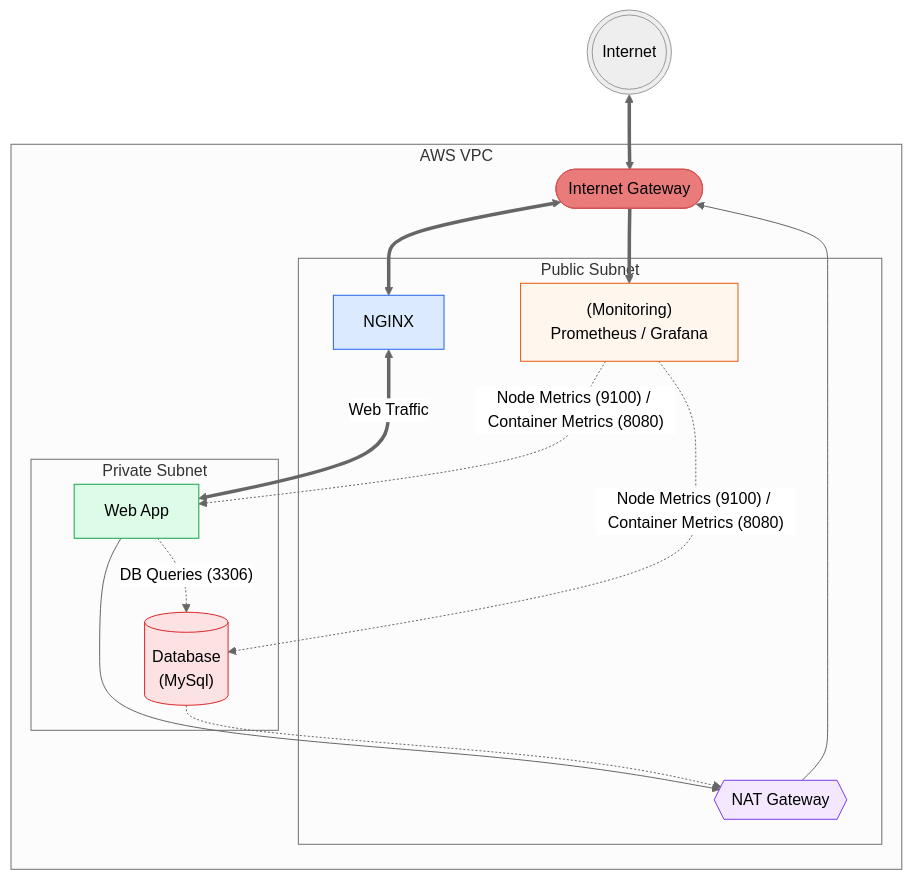
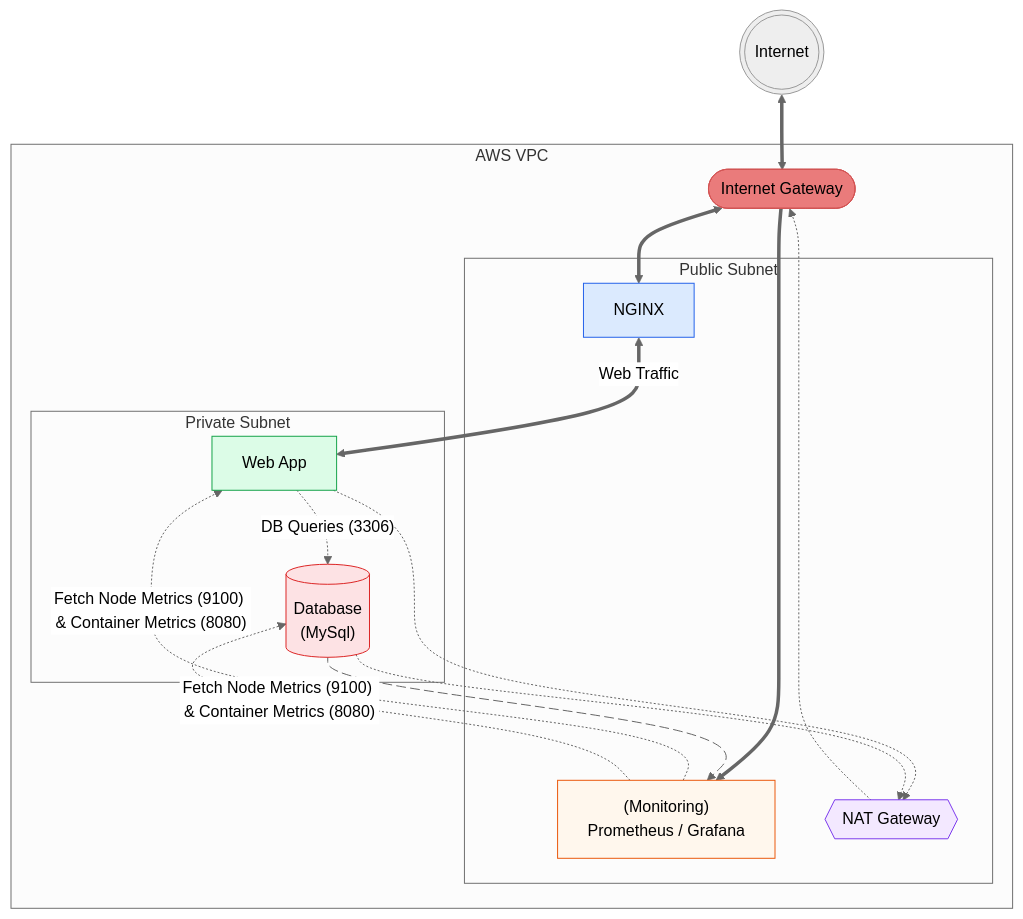
Before and after one commit to Jazzar101/learning-terraform-3087701: the diagram in README.md, drawn with Mermaid (neutral theme).

Commit message:
Node test

````diff
--- a/README.md
+++ b/README.md
@@ -6,44 +6,47 @@
 ```mermaid
 flowchart TB
     Internet(((Internet)))
     subgraph VPC[AWS VPC]
         IGW([Internet Gateway])
         subgraph PublicSubnet[Public Subnet]
             NGINX[NGINX]
             Monitoring["(Monitoring)\nPrometheus / Grafana"]
             NAT{{NAT Gateway}}
         end
 
         subgraph PrivateSubnet[Private Subnet]
             App[Web App]
             DB[("Database\n(MySql)")]
         end
     end
 
     Internet <==> IGW
     IGW <==> NGINX
     NGINX <==>|Web Traffic| App
     App -.->|"DB Queries (3306)"| DB
     IGW ==> Monitoring
 
-    Monitoring -.->|"Node Metrics (9100) / Container Metrics (8080)"| App & DB
+    Monitoring -.->|"Fetch Node Metrics (9100) & Container Metrics (8080)"| App & DB
 
-    App --> NAT
+    App -.-> NAT
     DB -.-> NAT
-    NAT --> IGW
+    NAT -.-> IGW
+    DB e1@--> Monitoring
+    
+    e1@{ animation: slow }    
 
     %% Node-only styling (GitHub safe)
     classDef ingress fill:#dbeafe,stroke:#2563eb,color:#000000
     classDef monitoring fill:#fff7ed,stroke:#ea580c,color:#000000
     classDef nat fill:#f3e8ff,stroke:#7c3aed,color:#000000
     classDef app fill:#dcfce7,stroke:#16a34a,color:#000000
     classDef db fill:#fde2e4,stroke:#dc2626,color:#000000
     classDef igw fill:#EA7B7B,stroke:#D25353,color:#00000
 
     class NGINX ingress
     class Monitoring monitoring
     class NAT nat
     class App app
     class DB db
     class IGW igw
 ```
````
